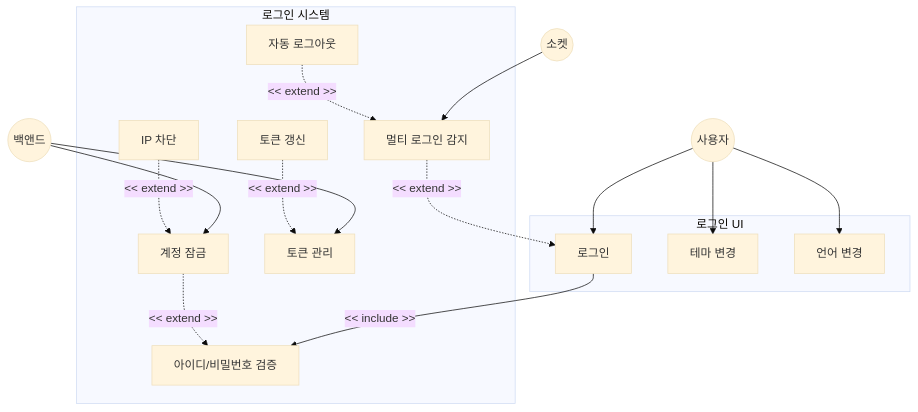
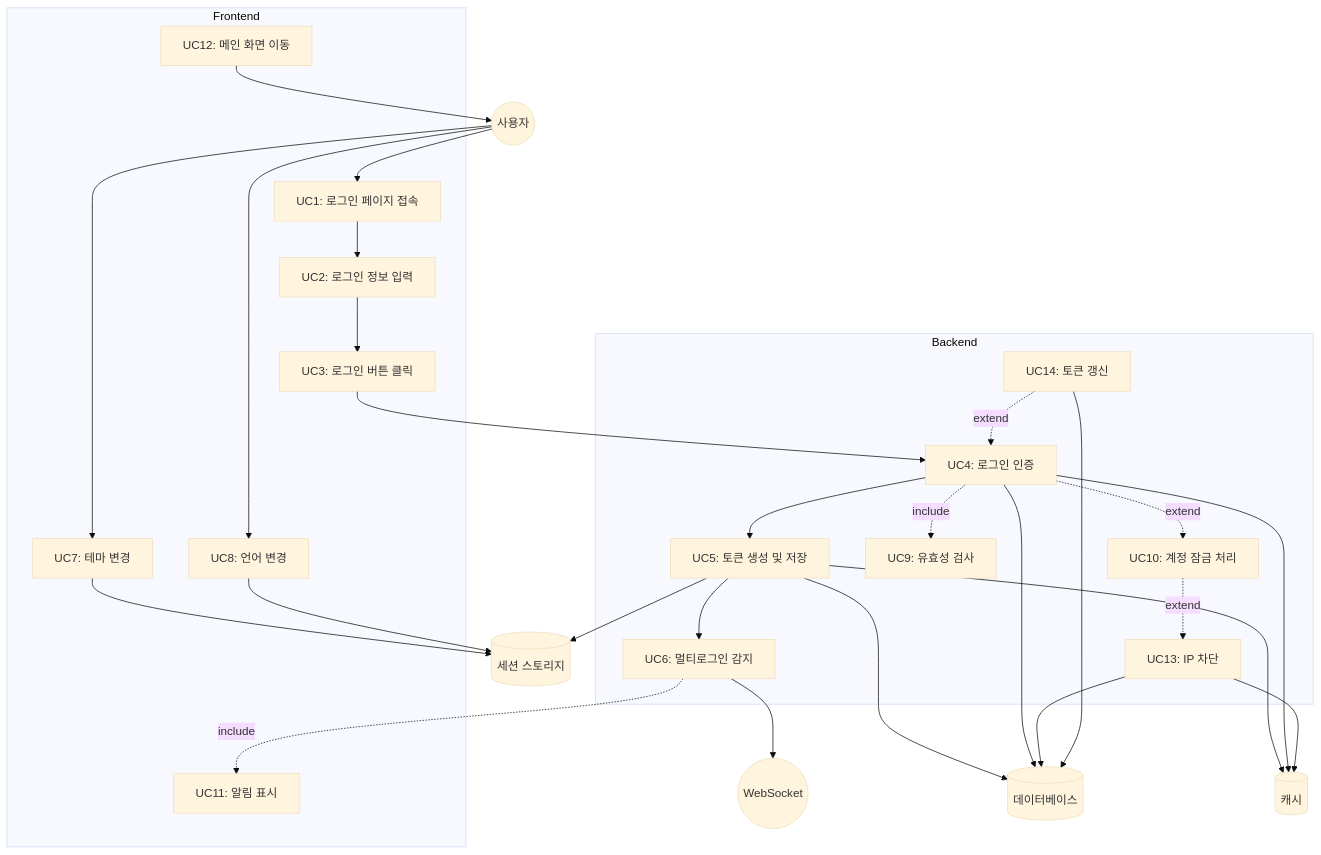
Before and after one commit to thanksLee/vitamin-monorepo: the diagram in documents/분석/로그인/02.usecase_diagram.md, drawn with Mermaid (base theme). The commit also changed 7 other files, not shown here.

````diff
--- a/documents/분석/로그인/02.usecase_diagram.md
+++ b/documents/분석/로그인/02.usecase_diagram.md
@@ -7,56 +7,62 @@
 ```mermaid
 flowchart TB
     %% Actors
     User((사용자))
-    Socket((소켓))
-    Backend((백앤드))
+    WebSocket((WebSocket))
 
-    %% Use Cases
-    Login[로그인]
-    ValidateCredentials[아이디/비밀번호 검증]
-    ChangeTheme[테마 변경]
-    ChangeLanguage[언어 변경]
-    AccountLock[계정 잠금]
-    IPBlock[IP 차단]
-    TokenManagement[토큰 관리]
-    MultiLoginDetection[멀티 로그인 감지]
-    AutoLogout[자동 로그아웃]
-    RefreshToken[토큰 갱신]
+    %% Data Stores
+    DB[(데이터베이스)]
+    Cache[(캐시)]
+    SessionStorage[(세션 스토리지)]
+
+    %% Sections
+    subgraph UI[Frontend]
+        UC1[UC1: 로그인 페이지 접속]
+        UC2[UC2: 로그인 정보 입력]
+        UC3[UC3: 로그인 버튼 클릭]
+        UC7[UC7: 테마 변경]
+        UC8[UC8: 언어 변경]
+        UC11[UC11: 알림 표시]
+        UC12[UC12: 메인 화면 이동]
+    end
+
+    subgraph BE[Backend]
+        UC4[UC4: 로그인 인증]
+        UC5[UC5: 토큰 생성 및 저장]
+        UC6[UC6: 멀티로그인 감지]
+        UC9[UC9: 유효성 검사]
+        UC10[UC10: 계정 잠금 처리]
+        UC13[UC13: IP 차단]
+        UC14[UC14: 토큰 갱신]
+    end
 
     %% Relationships
-    User --> Login
-    User --> ChangeTheme
-    User --> ChangeLanguage
-    Socket --> MultiLoginDetection
-    Backend --> AccountLock
-    Backend --> TokenManagement
+    User --> UC1
+    UC1 --> UC2
+    UC2 --> UC3
+    UC3 --> UC4
+    UC4 --> UC5
+    UC5 --> UC6
+    UC6 -.-> |include| UC11
+    UC4 -.-> |include| UC9
+    UC4 -.-> |extend| UC10
+    UC10 -.-> |extend| UC13
+    UC12 --> User
+    User --> UC7
+    User --> UC8
+    UC5 --> DB
+    UC5 --> Cache
+    UC6 --> WebSocket
+    UC7 --> SessionStorage
+    UC8 --> SessionStorage
+    UC14 -.-> |extend| UC4
 
-    %% Include relationships
-    Login --> | &lt;&lt; include &gt;&gt;|ValidateCredentials
-
-    %% Extend relationships
-    AccountLock -.-> |&lt;&lt; extend &gt;&gt;| ValidateCredentials
-    IPBlock -.-> |&lt;&lt; extend &gt;&gt;| AccountLock
-    MultiLoginDetection -.-> |&lt;&lt; extend &gt;&gt;| Login
-    AutoLogout -.-> |&lt;&lt; extend &gt;&gt;| MultiLoginDetection
-    RefreshToken -.-> |&lt;&lt; extend &gt;&gt;| TokenManagement
-
-    %% Frontend boundary
-    subgraph 로그인 UI
-        Login
-        ChangeTheme
-        ChangeLanguage
-    end
-
-    %% Backend boundary
-    subgraph 로그인 시스템
-        ValidateCredentials
-        AccountLock
-        IPBlock
-        TokenManagement
-        MultiLoginDetection
-        AutoLogout
-        RefreshToken
-    end
+    %% Data store relationships
+    UC4 --> DB
+    UC4 --> Cache
+    UC5 --> SessionStorage
+    UC13 --> DB
+    UC13 --> Cache
+    UC14 --> DB
 
 ```
````
